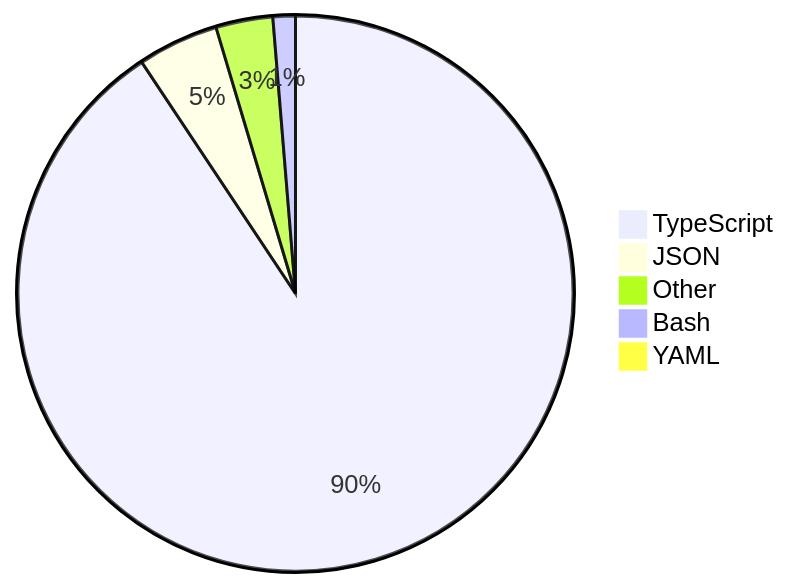
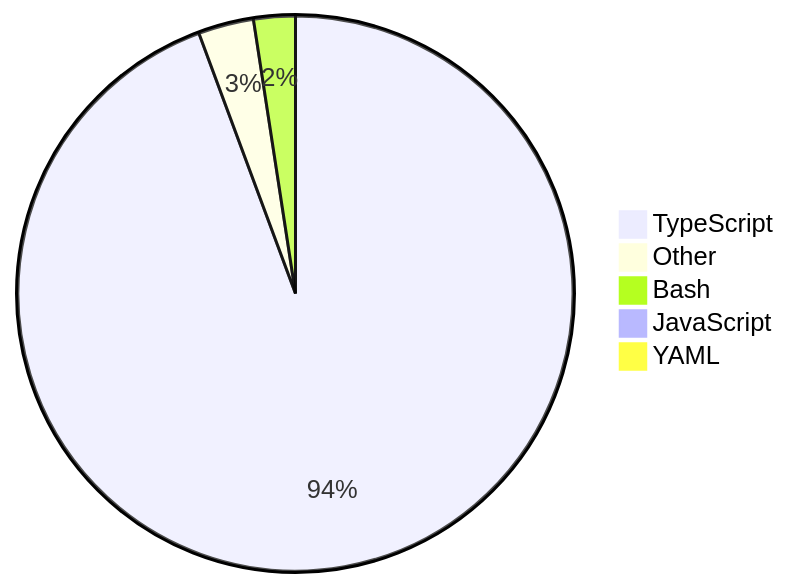
The diagram in README.md (skvggor/skvggor), drawn with Mermaid before and after one commit.

Commit message:
Updated waka-readme graph with new metrics

````diff
--- a/README.md
+++ b/README.md
@@ -14,8 +14,8 @@
 ```mermaid
 pie
-    "TypeScript" : 90.3
-    "JSON" : 4.7
-    "Other" : 3.3
-    "Bash" : 1.3
+    "TypeScript" : 93.4
+    "Other" : 3.2
+    "Bash" : 2.4
+    "JavaScript" : 0.3
     "YAML" : 0.2
 ```
````
